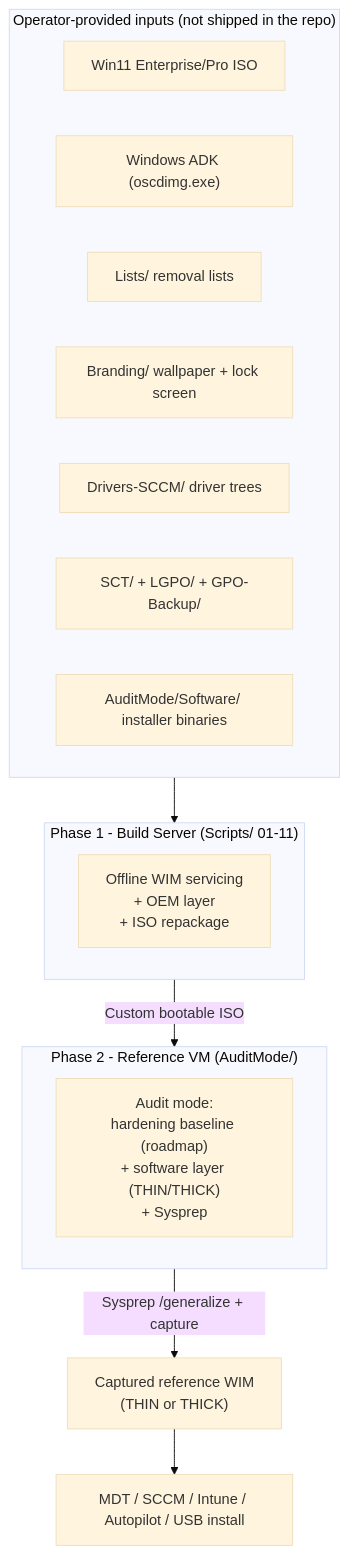
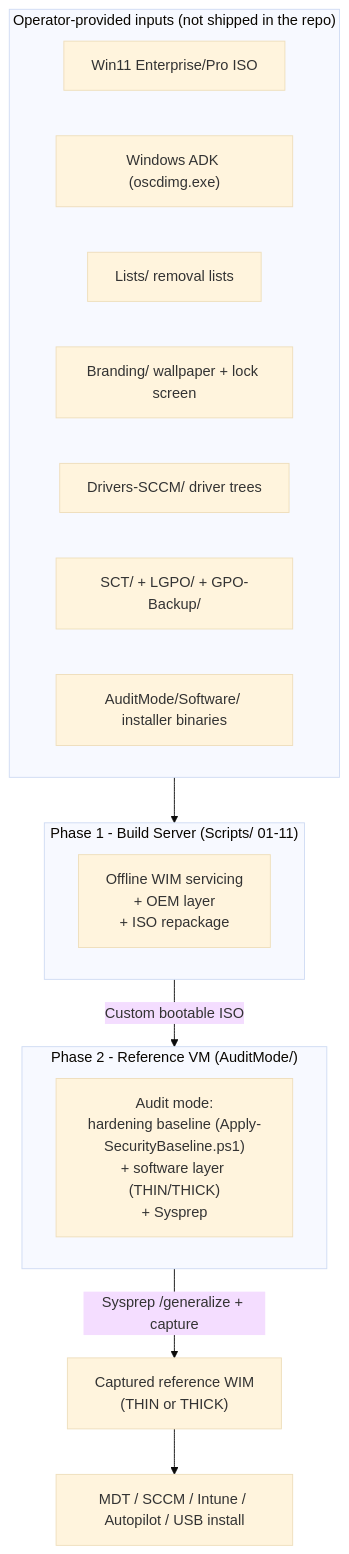
Before and after one commit to clrogon/Modern-Windows-Image-Factory: the first of 4 diagrams in ARCHITECTURE.md, drawn with Mermaid (base theme). The commit also changed other lines of this file and 23 other files, not shown here.

First line of the commit message:
Deliver v2.6: security baseline, image engineering automation, CI/release pipeline

````diff
--- a/ARCHITECTURE.md
+++ b/ARCHITECTURE.md
@@ -22,25 +22,25 @@
 ```mermaid
 flowchart TB
     subgraph Inputs["Operator-provided inputs (not shipped in the repo)"]
         ISO["Win11 Enterprise/Pro ISO"]
         ADK["Windows ADK (oscdimg.exe)"]
         Lists["Lists/ removal lists"]
         Branding["Branding/ wallpaper + lock screen"]
         Drivers["Drivers-SCCM/ driver trees"]
         Baseline["SCT/ + LGPO/ + GPO-Backup/"]
         Software["AuditMode/Software/ installer binaries"]
     end
 
     subgraph BuildServer["Phase 1 - Build Server (Scripts/ 01-11)"]
         Pipeline["Offline WIM servicing\n+ OEM layer\n+ ISO repackage"]
     end
 
     subgraph RefVM["Phase 2 - Reference VM (AuditMode/)"]
-        Audit["Audit mode:\nhardening baseline (roadmap)\n+ software layer (THIN/THICK)\n+ Sysprep"]
+        Audit["Audit mode:\nhardening baseline (Apply-SecurityBaseline.ps1)\n+ software layer (THIN/THICK)\n+ Sysprep"]
     end
 
     Inputs --> BuildServer
     BuildServer -->|"Custom bootable ISO"| RefVM
     RefVM -->|"Sysprep /generalize + capture"| Image["Captured reference WIM\n(THIN or THICK)"]
     Image --> Deploy["MDT / SCCM / Intune / Autopilot / USB install"]
 ```
````
